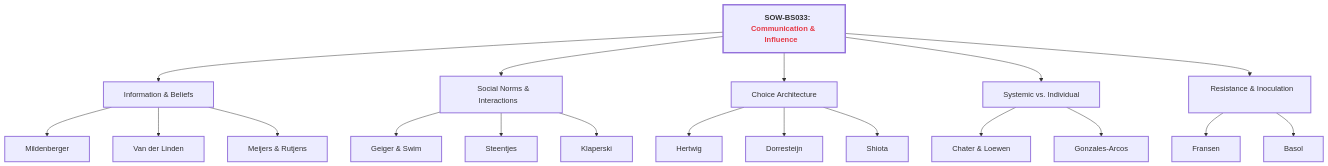
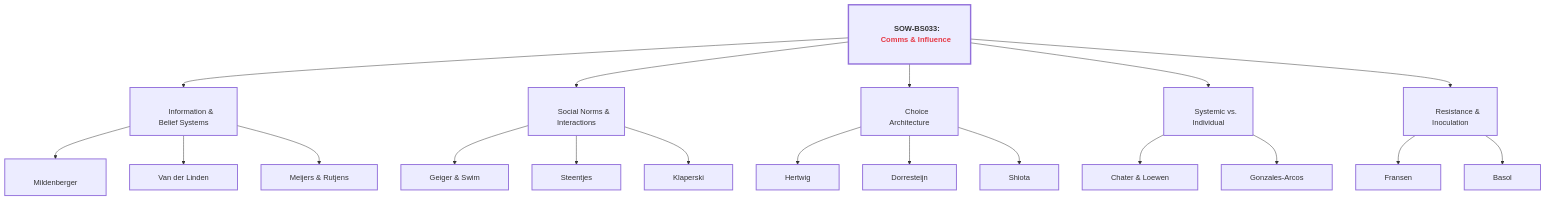
Before and after one commit to GM024/CourseSummaries: the first of 8 diagrams in Communication_Influence/Mastery_Guide_SOW_BS033.md, drawn with Mermaid. The commit also changed other lines of this file, not shown here.

Commit message:
GitHub-Hardened V2: 12px font and 10-space buffers for zero-clipping guarantee

````diff
--- a/Communication_Influence/Mastery_Guide_SOW_BS033.md
+++ b/Communication_Influence/Mastery_Guide_SOW_BS033.md
@@ -15,30 +15,30 @@
 ```mermaid
-%%{init: { 'flowchart': { 'useMaxWidth': false, 'htmlLabels': true, 'padding': 20 }, 'theme': 'neutral', 'themeVariables': { 'fontSize': '14px', 'fontFamily': '-apple-system,BlinkMacSystemFont,"Segoe UI",Helvetica,Arial,sans-serif' }}}%%
+%%{init: { 'flowchart': { 'padding': 30, 'useMaxWidth': false, 'htmlLabels': true }, 'theme': 'neutral', 'themeVariables': { 'fontSize': '12px', 'fontFamily': '-apple-system,BlinkMacSystemFont,"Segoe UI",Helvetica,Arial,sans-serif' }}}%%
 graph TD
     classDef sandbox stroke-width:2px;
     classDef hub stroke-width:3px,font-weight:bold;
 
-    A["&nbsp;&nbsp; SOW-BS033:<br/><span style='color:#e63946'><b>Communication & Influence</b></span> &nbsp;&nbsp;"]:::hub --> B["&nbsp;&nbsp; Information & Beliefs &nbsp;&nbsp;"]:::sandbox
-    A --> C["&nbsp;&nbsp; Social Norms & Interactions &nbsp;&nbsp;"]:::sandbox
-    A --> D["&nbsp;&nbsp; Choice Architecture &nbsp;&nbsp;"]:::sandbox
-    A --> E["&nbsp;&nbsp; Systemic vs. Individual &nbsp;&nbsp;"]:::sandbox
-    A --> F["&nbsp;&nbsp; Resistance & Inoculation &nbsp;&nbsp;"]:::sandbox
+    A["<br/>&nbsp;&nbsp;&nbsp;&nbsp;&nbsp;&nbsp; SOW-BS033:<br/>&nbsp;&nbsp;&nbsp;&nbsp;&nbsp;&nbsp; <span style='color:#e63946'><b>Comms & Influence</b></span> &nbsp;&nbsp;&nbsp;&nbsp;&nbsp;&nbsp;<br/>"]:::hub --> B["<br/>&nbsp;&nbsp;&nbsp;&nbsp;&nbsp;&nbsp; Information &<br/>&nbsp;&nbsp;&nbsp;&nbsp;&nbsp;&nbsp; Belief Systems &nbsp;&nbsp;&nbsp;&nbsp;&nbsp;&nbsp;<br/>"]:::sandbox
+    A --> C["<br/>&nbsp;&nbsp;&nbsp;&nbsp;&nbsp;&nbsp; Social Norms &<br/>&nbsp;&nbsp;&nbsp;&nbsp;&nbsp;&nbsp; Interactions &nbsp;&nbsp;&nbsp;&nbsp;&nbsp;&nbsp;<br/>"]:::sandbox
+    A --> D["<br/>&nbsp;&nbsp;&nbsp;&nbsp;&nbsp;&nbsp; Choice<br/>&nbsp;&nbsp;&nbsp;&nbsp;&nbsp;&nbsp; Architecture &nbsp;&nbsp;&nbsp;&nbsp;&nbsp;&nbsp;<br/>"]:::sandbox
+    A --> E["<br/>&nbsp;&nbsp;&nbsp;&nbsp;&nbsp;&nbsp; Systemic vs.<br/>&nbsp;&nbsp;&nbsp;&nbsp;&nbsp;&nbsp; Individual &nbsp;&nbsp;&nbsp;&nbsp;&nbsp;&nbsp;<br/>"]:::sandbox
+    A --> F["<br/>&nbsp;&nbsp;&nbsp;&nbsp;&nbsp;&nbsp; Resistance &<br/>&nbsp;&nbsp;&nbsp;&nbsp;&nbsp;&nbsp; Inoculation &nbsp;&nbsp;&nbsp;&nbsp;&nbsp;&nbsp;<br/>"]:::sandbox
 
-    B --> B1["&nbsp;&nbsp; Mildenberger &nbsp;&nbsp;"]:::sandbox
-    B --> B2["&nbsp;&nbsp; Van der Linden &nbsp;&nbsp;"]:::sandbox
-    B --> B3["&nbsp;&nbsp; Meijers & Rutjens &nbsp;&nbsp;"]:::sandbox
+    B --> B1["<br/>&nbsp;&nbsp;&nbsp;&nbsp;&nbsp;&nbsp; Mildenberger &nbsp;&nbsp;&nbsp;&nbsp;&nbsp;&nbsp;<br/>"]:::sandbox
+    B --> B2["&nbsp;&nbsp;&nbsp;&nbsp;&nbsp;&nbsp; Van der Linden &nbsp;&nbsp;&nbsp;&nbsp;&nbsp;&nbsp;"]:::sandbox
+    B --> B3["&nbsp;&nbsp;&nbsp;&nbsp;&nbsp;&nbsp; Meijers & Rutjens &nbsp;&nbsp;&nbsp;&nbsp;&nbsp;&nbsp;"]:::sandbox
 
-    C --> C1["&nbsp;&nbsp; Geiger & Swim &nbsp;&nbsp;"]:::sandbox
-    C --> C2["&nbsp;&nbsp; Steentjes &nbsp;&nbsp;"]:::sandbox
-    C --> C3["&nbsp;&nbsp; Klaperski &nbsp;&nbsp;"]:::sandbox
+    C --> C1["&nbsp;&nbsp;&nbsp;&nbsp;&nbsp;&nbsp; Geiger & Swim &nbsp;&nbsp;&nbsp;&nbsp;&nbsp;&nbsp;"]:::sandbox
+    C --> C2["&nbsp;&nbsp;&nbsp;&nbsp;&nbsp;&nbsp; Steentjes &nbsp;&nbsp;&nbsp;&nbsp;&nbsp;&nbsp;"]:::sandbox
+    C --> C3["&nbsp;&nbsp;&nbsp;&nbsp;&nbsp;&nbsp; Klaperski &nbsp;&nbsp;&nbsp;&nbsp;&nbsp;&nbsp;"]:::sandbox
 
-    D --> D1["&nbsp;&nbsp; Hertwig &nbsp;&nbsp;"]:::sandbox
-    D --> D2["&nbsp;&nbsp; Dorresteijn &nbsp;&nbsp;"]:::sandbox
-    D --> D3["&nbsp;&nbsp; Shiota &nbsp;&nbsp;"]:::sandbox
+    D --> D1["&nbsp;&nbsp;&nbsp;&nbsp;&nbsp;&nbsp; Hertwig &nbsp;&nbsp;&nbsp;&nbsp;&nbsp;&nbsp;"]:::sandbox
+    D --> D2["&nbsp;&nbsp;&nbsp;&nbsp;&nbsp;&nbsp; Dorresteijn &nbsp;&nbsp;&nbsp;&nbsp;&nbsp;&nbsp;"]:::sandbox
+    D --> D3["&nbsp;&nbsp;&nbsp;&nbsp;&nbsp;&nbsp; Shiota &nbsp;&nbsp;&nbsp;&nbsp;&nbsp;&nbsp;"]:::sandbox
 
-    E --> E1["&nbsp;&nbsp; Chater & Loewen &nbsp;&nbsp;"]:::sandbox
-    E --> E2["&nbsp;&nbsp; Gonzales-Arcos &nbsp;&nbsp;"]:::sandbox
+    E --> E1["&nbsp;&nbsp;&nbsp;&nbsp;&nbsp;&nbsp; Chater & Loewen &nbsp;&nbsp;&nbsp;&nbsp;&nbsp;&nbsp;"]:::sandbox
+    E --> E2["&nbsp;&nbsp;&nbsp;&nbsp;&nbsp;&nbsp; Gonzales-Arcos &nbsp;&nbsp;&nbsp;&nbsp;&nbsp;&nbsp;"]:::sandbox
 
-    F --> F1["&nbsp;&nbsp; Fransen &nbsp;&nbsp;"]:::sandbox
-    F --> F2["&nbsp;&nbsp; Basol &nbsp;&nbsp;"]:::sandbox
+    F --> F1["&nbsp;&nbsp;&nbsp;&nbsp;&nbsp;&nbsp; Fransen &nbsp;&nbsp;&nbsp;&nbsp;&nbsp;&nbsp;"]:::sandbox
+    F --> F2["&nbsp;&nbsp;&nbsp;&nbsp;&nbsp;&nbsp; Basol &nbsp;&nbsp;&nbsp;&nbsp;&nbsp;&nbsp;"]:::sandbox
 ```
````
